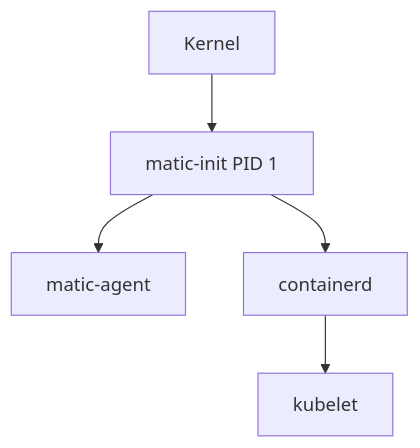
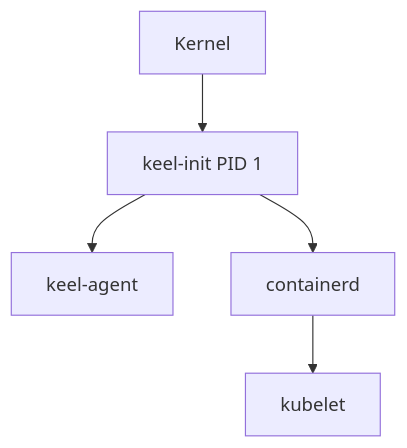
The diagram in CLAUDE.md (scheeles/keelos), drawn with Mermaid before and after one commit. The commit also changed other lines of this file and 54 other files, not shown here.

````diff
--- a/CLAUDE.md
+++ b/CLAUDE.md
@@ -69,7 +69,7 @@
 ```mermaid
 graph TD
-    A[Kernel] --> B[matic-init PID 1]
-    B --> C[matic-agent]
+    A[Kernel] --> B[keel-init PID 1]
+    B --> C[keel-agent]
     B --> D[containerd]
     D --> E[kubelet]
 ```
````
